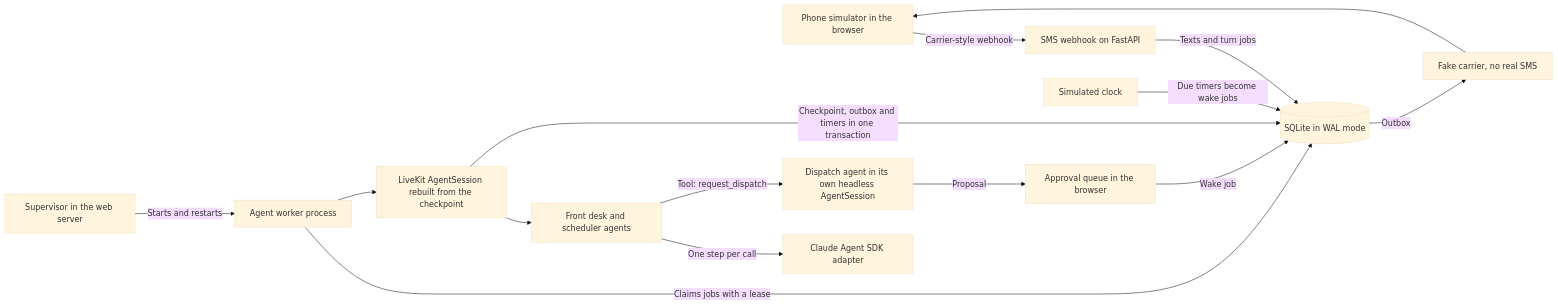
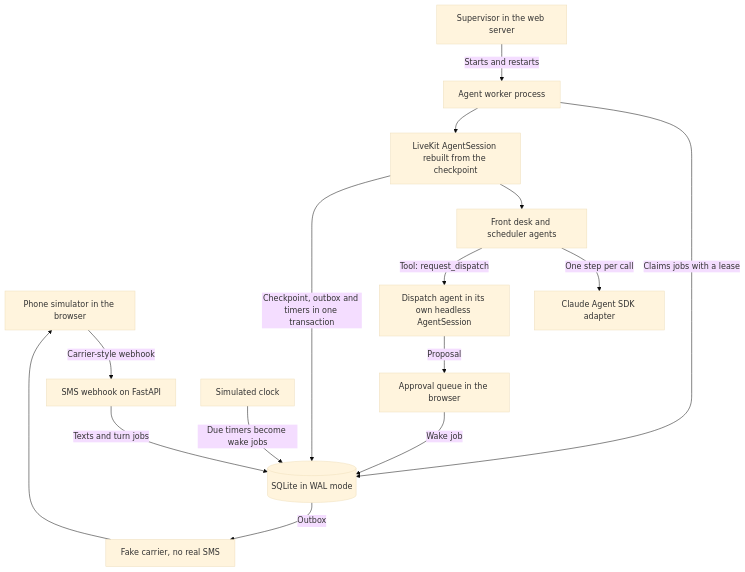
Before and after one commit to ArchiusVuong-sudo/durable-text-agents: the diagram in README.md, drawn with Mermaid (base theme).

Commit message:
Draw the architecture diagram top to bottom so its labels stay readable on GitHub

````diff
--- a/README.md
+++ b/README.md
@@ -19,17 +19,17 @@
 ```mermaid
-flowchart LR
+flowchart TB
     phone[Phone simulator in the browser] -->|Carrier-style webhook| hook[SMS webhook on FastAPI]
     hook -->|Texts and turn jobs| store[(SQLite in WAL mode)]
     sup[Supervisor in the web server] -->|Starts and restarts| worker[Agent worker process]
     worker -->|Claims jobs with a lease| store
     worker --> session[LiveKit AgentSession rebuilt from the checkpoint]
     session --> agents[Front desk and scheduler agents]
     agents -->|One step per call| adapter[Claude Agent SDK adapter]
     agents -->|Tool: request_dispatch| dispatch[Dispatch agent in its own headless AgentSession]
     dispatch -->|Proposal| approval[Approval queue in the browser]
     approval -->|Wake job| store
     clock[Simulated clock] -->|Due timers become wake jobs| store
     session -->|Checkpoint, outbox and timers in one transaction| store
     store -->|Outbox| carrier[Fake carrier, no real SMS]
     carrier --> phone
 ```
````
